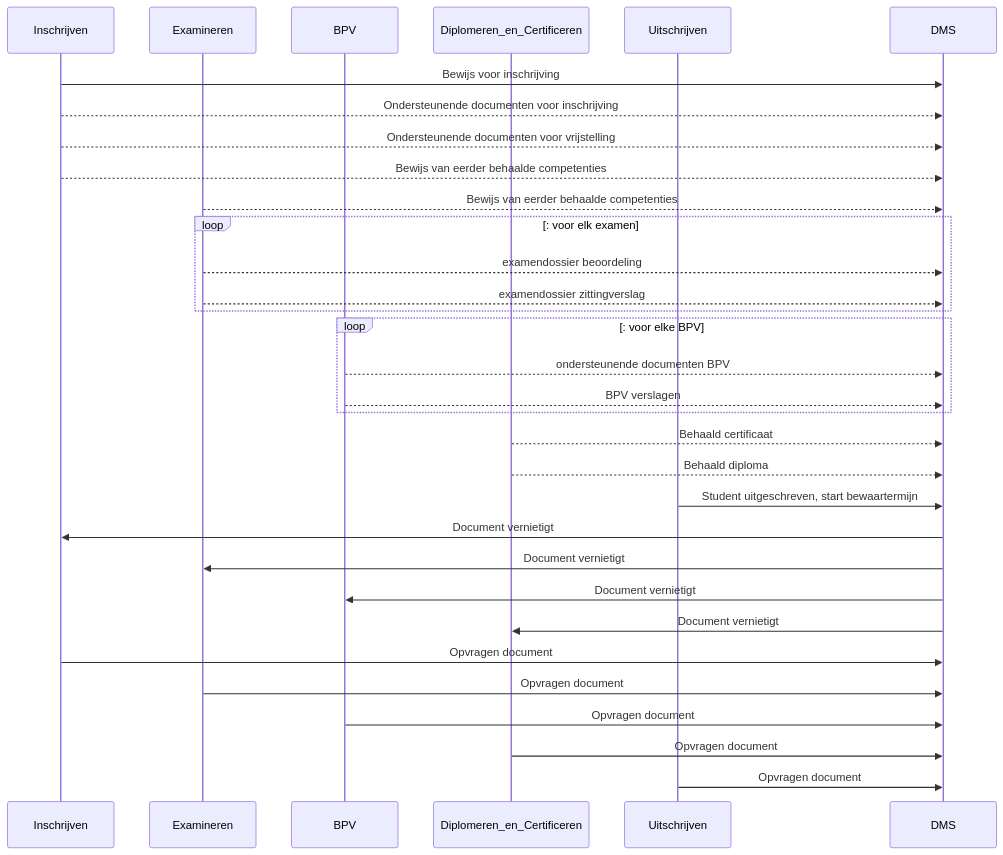
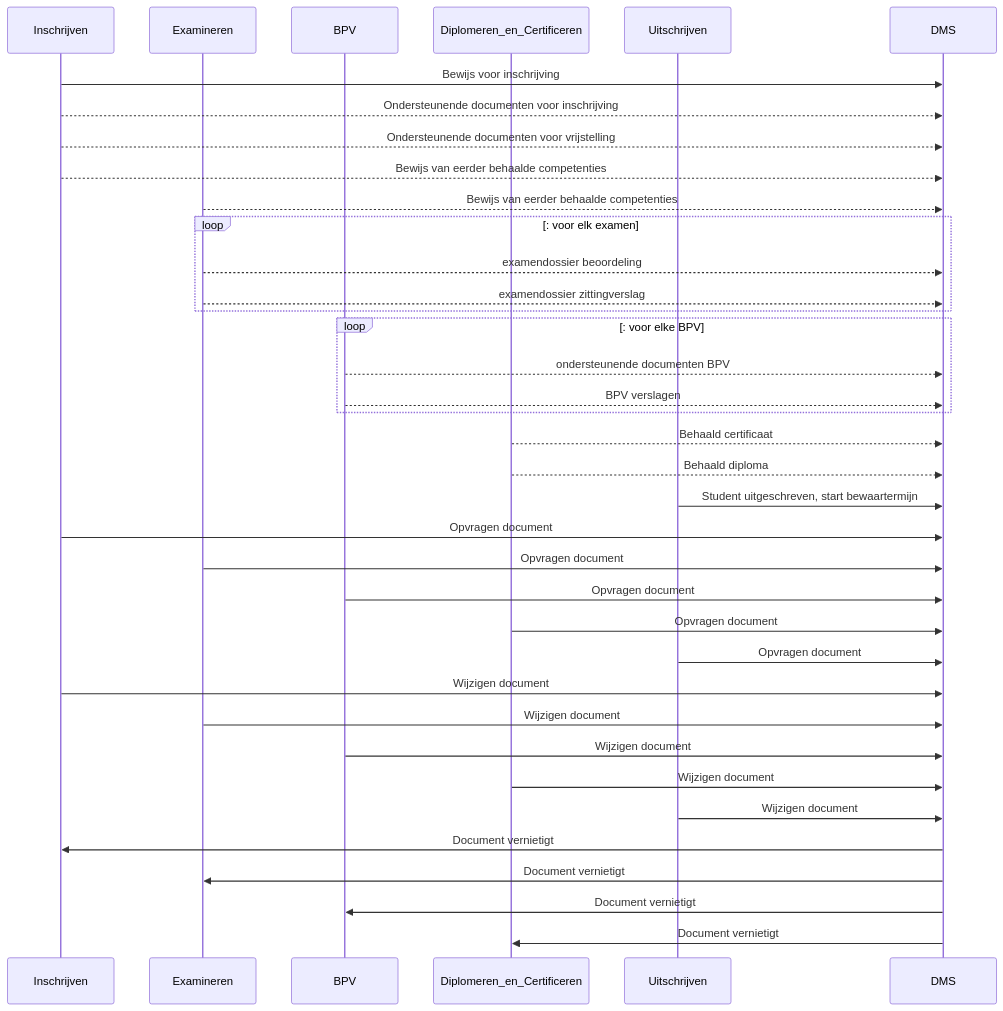
Before and after one commit to Onderwijs-Koppelingen-OKx/OKD-Document-Management: the second of 2 diagrams in README.md, drawn with Mermaid. The commit also changed other lines of this file, not shown here.

````diff
--- a/README.md
+++ b/README.md
@@ -65,38 +65,43 @@
 ```mermaid
 sequenceDiagram
     Participant Inschrijven
     Participant Examineren
     Participant BPV
     Participant Diplomeren_en_Certificeren
     Participant Uitschrijven
     Participant DMS
 
     Inschrijven->>DMS: Bewijs voor inschrijving
     Inschrijven-->>DMS: Ondersteunende documenten voor inschrijving
     Inschrijven-->>DMS: Ondersteunende documenten voor vrijstelling
     Inschrijven -->> DMS: Bewijs van eerder behaalde competenties
     Examineren -->> DMS: Bewijs van eerder behaalde competenties
     loop: voor elk examen
     Examineren -->> DMS: examendossier beoordeling
     Examineren -->> DMS: examendossier zittingverslag
     end
     loop: voor elke BPV
     BPV -->> DMS: ondersteunende documenten BPV
     BPV -->> DMS: BPV verslagen
     end
     Diplomeren_en_Certificeren -->> DMS: Behaald certificaat
     Diplomeren_en_Certificeren -->> DMS: Behaald diploma
     Uitschrijven ->> DMS: Student uitgeschreven, start bewaartermijn
-    DMS ->> Inschrijven: Document vernietigt
-    DMS ->> Examineren: Document vernietigt
-    DMS ->> BPV: Document vernietigt
-    DMS ->> Diplomeren_en_Certificeren: Document vernietigt
     Inschrijven->>DMS: Opvragen document
     Examineren->>DMS: Opvragen document
     BPV->>DMS: Opvragen document
     Diplomeren_en_Certificeren->>DMS: Opvragen document
     Uitschrijven->>DMS: Opvragen document
+    Inschrijven->>DMS: Wijzigen document
+    Examineren->>DMS: Wijzigen document
+    BPV->>DMS: Wijzigen document
+    Diplomeren_en_Certificeren->>DMS: Wijzigen document
+    Uitschrijven->>DMS: Wijzigen document
+    DMS ->> Inschrijven: Document vernietigt
+    DMS ->> Examineren: Document vernietigt
+    DMS ->> BPV: Document vernietigt
+    DMS ->> Diplomeren_en_Certificeren: Document vernietigt
     
 
 
 ```
````
